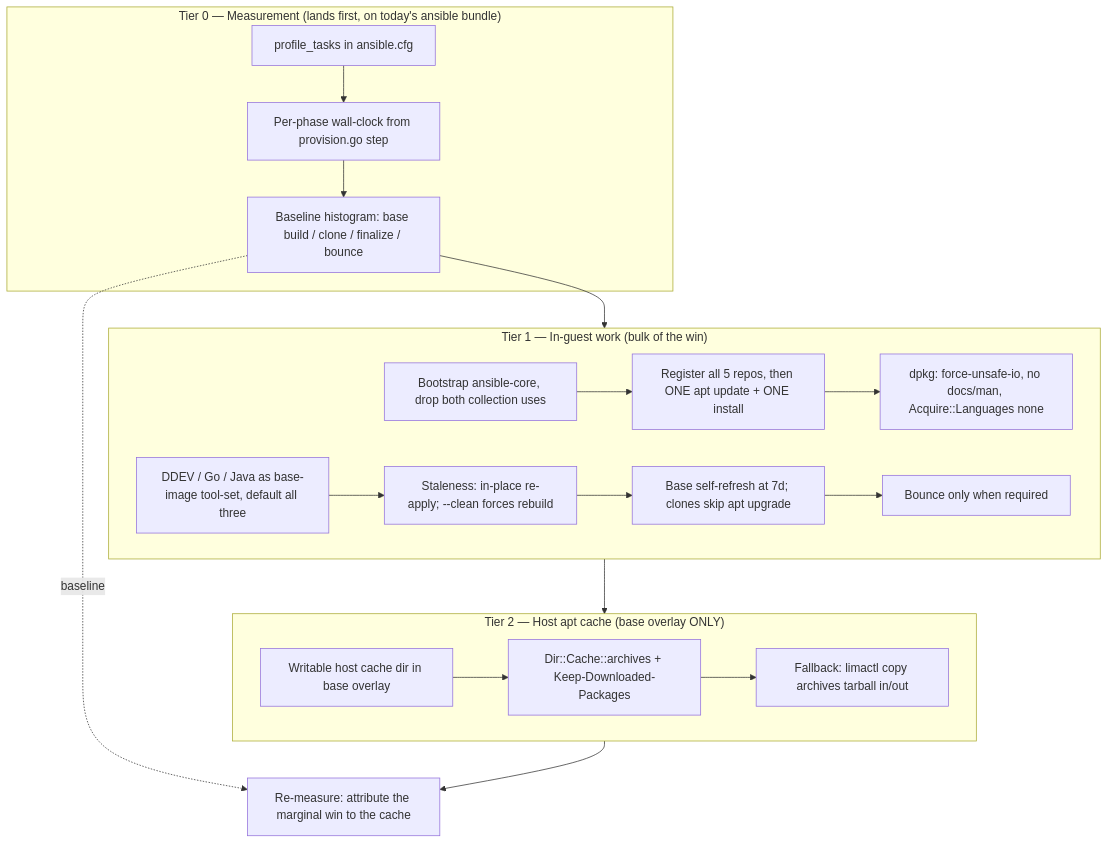
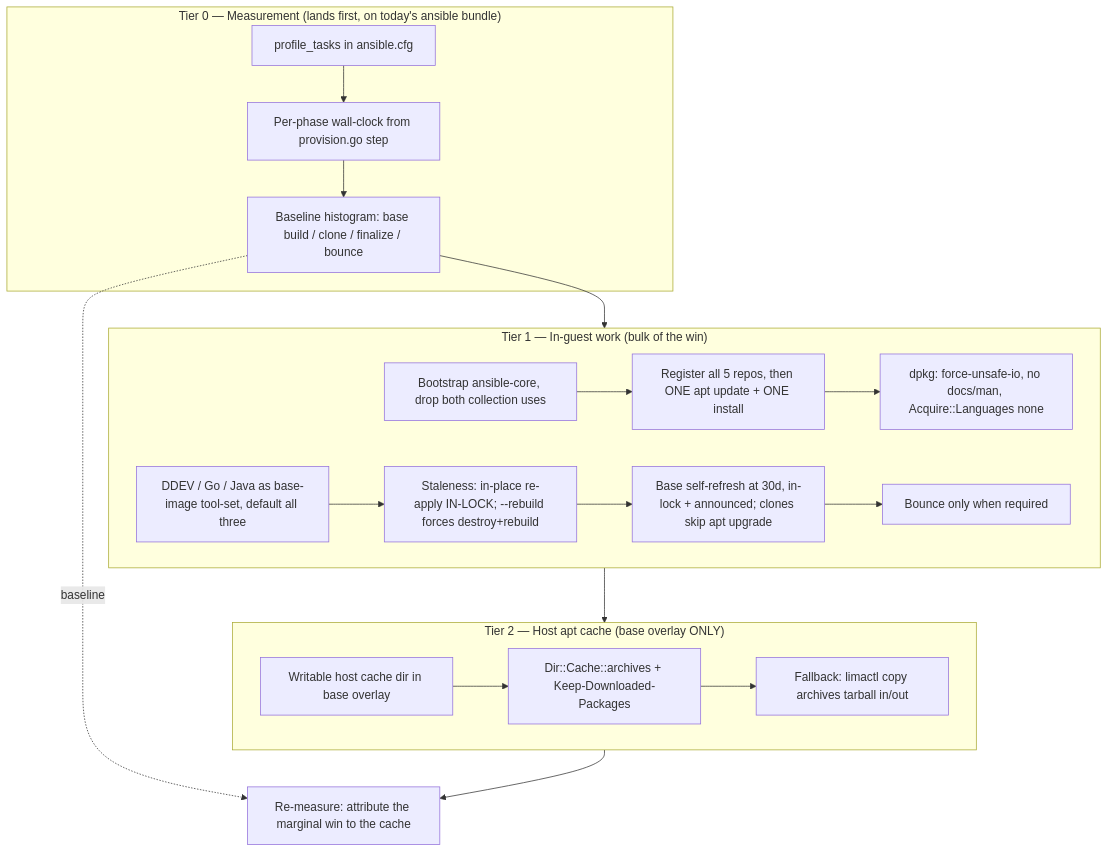
One commit to Lullabot/sandbar changed the diagram in .ai/strikethroo/plans/13--faster-base-vm-provisioning/plan-13--faster-base-vm-provisioning.md. Above: the diagram before and after it, drawn with Mermaid. The commit also changed other lines of this file, not shown here.

````diff
--- a/.ai/strikethroo/plans/13--faster-base-vm-provisioning/plan-13--faster-base-vm-provisioning.md
+++ b/.ai/strikethroo/plans/13--faster-base-vm-provisioning/plan-13--faster-base-vm-provisioning.md
@@ -94,31 +111,31 @@
 ```mermaid
 flowchart TD
     subgraph T0["Tier 0 — Measurement (lands first, on today's ansible bundle)"]
         A1[profile_tasks in ansible.cfg] --> A2[Per-phase wall-clock from provision.go step]
         A2 --> A3[Baseline histogram: base build / clone / finalize / bounce]
     end
 
     subgraph T1["Tier 1 — In-guest work (bulk of the win)"]
         B1[Bootstrap ansible-core, drop both collection uses]
         B2[Register all 5 repos, then ONE apt update + ONE install]
         B3[dpkg: force-unsafe-io, no docs/man, Acquire::Languages none]
         B4[DDEV / Go / Java as base-image tool-set, default all three]
-        B5[Staleness: in-place re-apply; --clean forces rebuild]
-        B6[Base self-refresh at 7d; clones skip apt upgrade]
+        B5[Staleness: in-place re-apply IN-LOCK; --rebuild forces destroy+rebuild]
+        B6[Base self-refresh at 30d, in-lock + announced; clones skip apt upgrade]
         B7[Bounce only when required]
         B1 --> B2 --> B3
         B4 --> B5 --> B6 --> B7
     end
 
     subgraph T2["Tier 2 — Host apt cache (base overlay ONLY)"]
         C1[Writable host cache dir in base overlay]
         C2[Dir::Cache::archives + Keep-Downloaded-Packages]
         C3[Fallback: limactl copy archives tarball in/out]
         C1 --> C2 --> C3
     end
 
     A3 --> T1
     T1 --> T2
     T2 --> D[Re-measure: attribute the marginal win to the cache]
     A3 -.baseline.-> D
 ```
````
